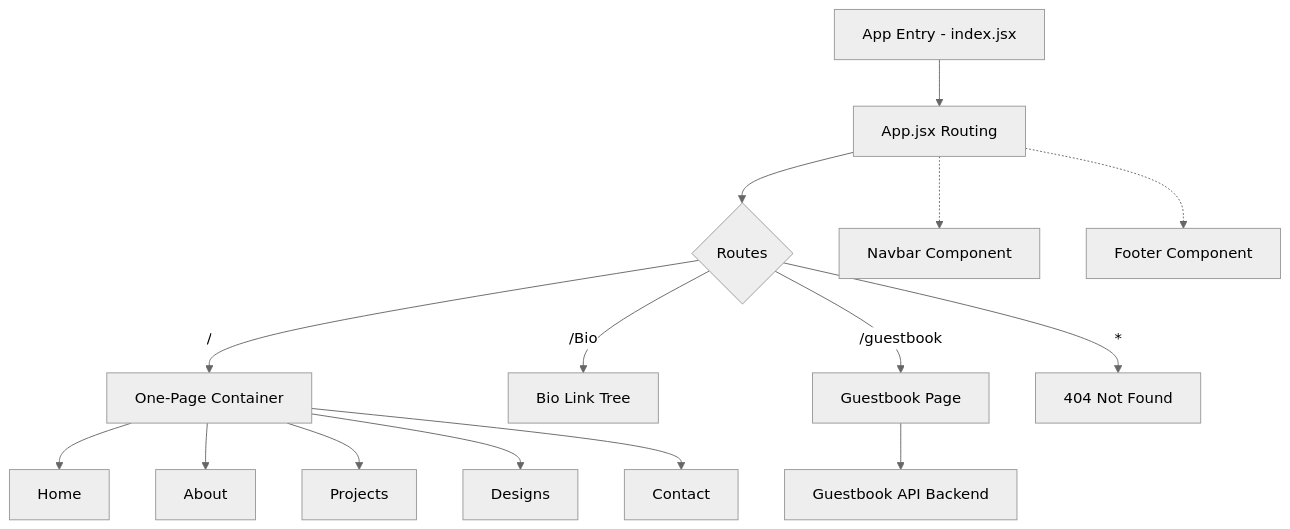
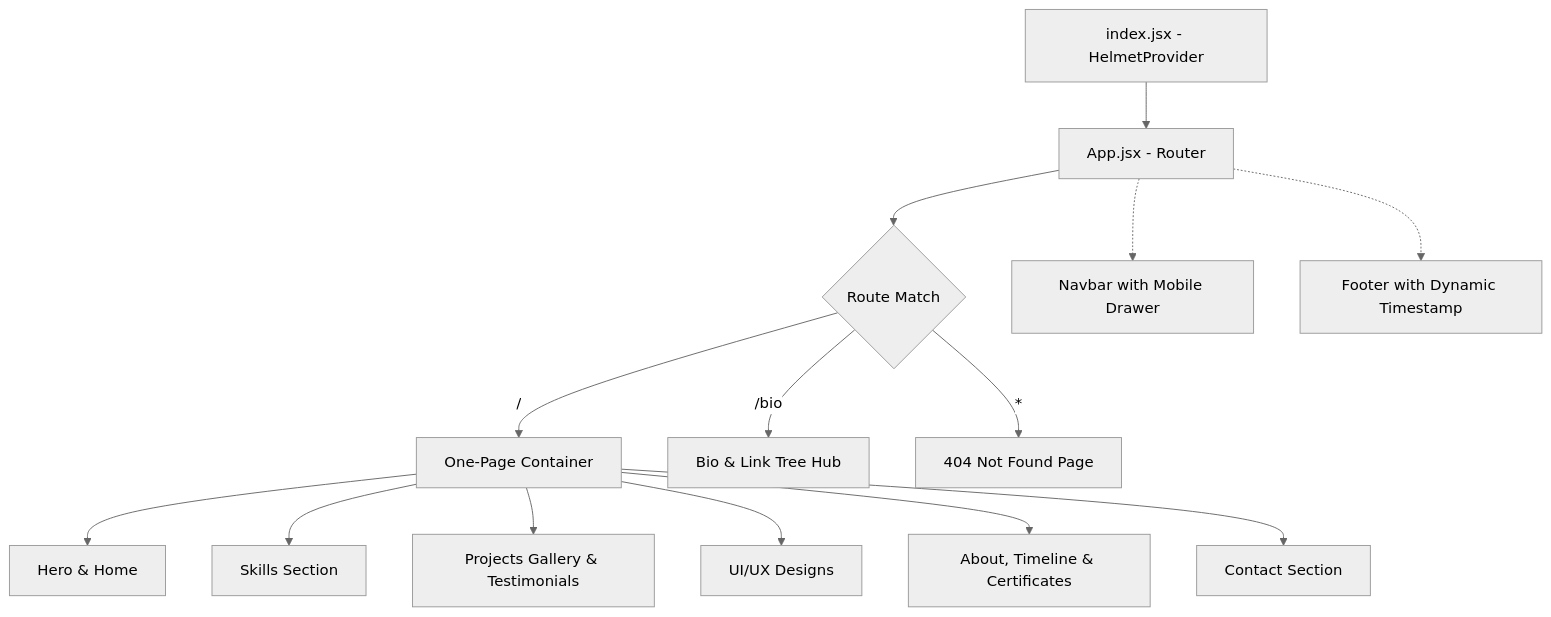
One commit to satyakiran29/satyakiran29.github.io changed the diagram in README.md. Above: the diagram before and after it, drawn with Mermaid (neutral theme). The commit also changed other lines of this file and 25 other files, not shown here.

First line of the commit message:
Enhance SEO, responsive UI, mobile nav; remove guestbook

````diff
--- a/README.md
+++ b/README.md
@@ -103,21 +139,18 @@
 ```mermaid
 graph TD
-    A[App Entry - index.jsx] --> B[App.jsx Routing]
-    B --> C{Routes}
+    A[index.jsx - HelmetProvider] --> B[App.jsx - Router]
+    B --> C{Route Match}
     C -->|/| D[One-Page Container]
-    D --> E[Home]
-    D --> F[About]
-    D --> G[Projects]
-    D --> H[Designs]
-    D --> I[Contact]
+    D --> E[Hero & Home]
+    D --> F[Skills Section]
+    D --> G[Projects Gallery & Testimonials]
+    D --> H[UI/UX Designs]
+    D --> I[About, Timeline & Certificates]
+    D --> J[Contact Section]
     
-    C -->|/Bio| J[Bio Link Tree]
-    C -->|/guestbook| K[Guestbook Page]
+    C -->|/bio| K[Bio & Link Tree Hub]
+    C -->|*| L[404 Not Found Page]
     
-    K --> L[Guestbook API Backend]
-    
-    C -->|*| M[404 Not Found]
-    
-    B -.-> N[Navbar Component]
-    B -.-> O[Footer Component]
+    B -.-> M[Navbar with Mobile Drawer]
+    B -.-> N[Footer with Dynamic Timestamp]
 ```
````
